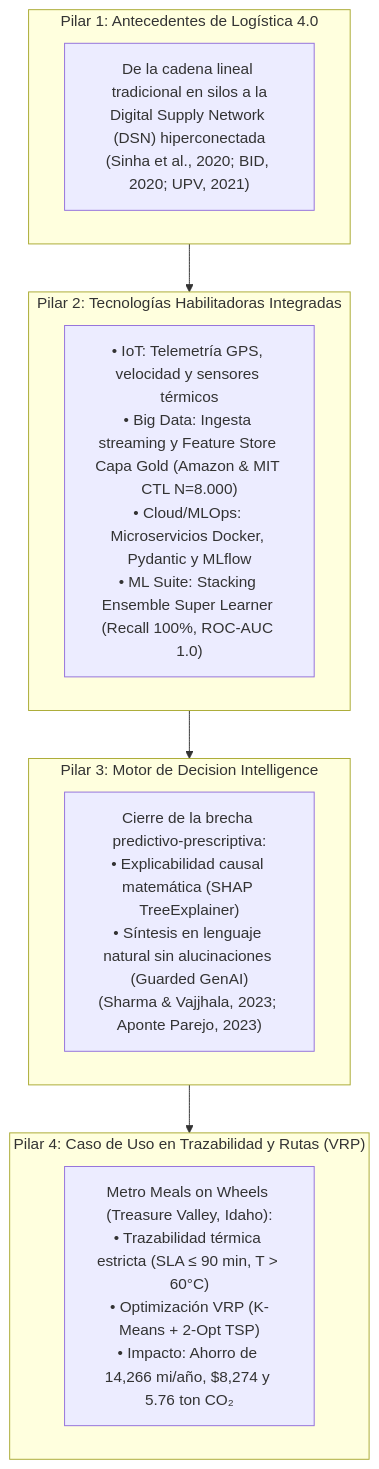
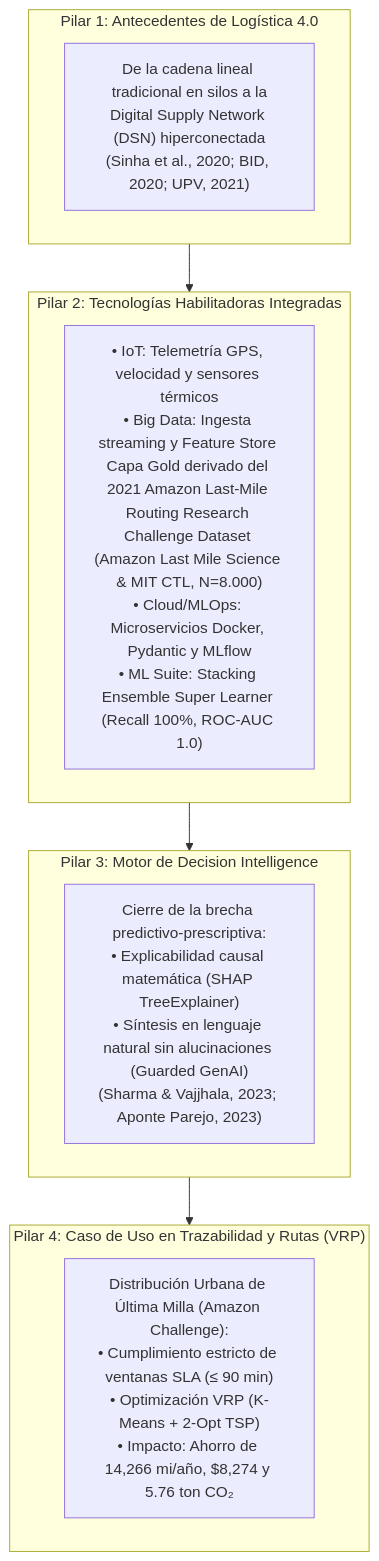
The second of 3 diagrams in docs/GUIA_AUTOAPRENDIZAJE_Y_DEFENSA_TFM.md (GuillenConcepcion/Smart-Logistics-4.0-Decision-Intelligence), drawn with Mermaid before and after one commit. The commit also changed other lines of this file and 26 other files, not shown here.

First line of the commit message:
feat(mlops): auditoria data leakage, notebooks interactivos odysseus y actualizacion integral tfm

````diff
--- a/docs/GUIA_AUTOAPRENDIZAJE_Y_DEFENSA_TFM.md
+++ b/docs/GUIA_AUTOAPRENDIZAJE_Y_DEFENSA_TFM.md
@@ -173,20 +174,20 @@
 ```mermaid
 flowchart TD
     subgraph P1["Pilar 1: Antecedentes de Logística 4.0"]
         P1_DESC["De la cadena lineal tradicional en silos a la<br/>Digital Supply Network (DSN) hiperconectada<br/>(Sinha et al., 2020; BID, 2020; UPV, 2021)"]
     end
 
     subgraph P2["Pilar 2: Tecnologías Habilitadoras Integradas"]
-        P2_DESC["• IoT: Telemetría GPS, velocidad y sensores térmicos<br/>• Big Data: Ingesta streaming y Feature Store Capa Gold (Amazon & MIT CTL N=8.000)<br/>• Cloud/MLOps: Microservicios Docker, Pydantic y MLflow<br/>• ML Suite: Stacking Ensemble Super Learner (Recall 100%, ROC-AUC 1.0)"]
+        P2_DESC["• IoT: Telemetría GPS, velocidad y sensores térmicos<br/>• Big Data: Ingesta streaming y Feature Store Capa Gold derivado del 2021 Amazon Last-Mile Routing Research Challenge Dataset (Amazon Last Mile Science & MIT CTL, N=8.000)<br/>• Cloud/MLOps: Microservicios Docker, Pydantic y MLflow<br/>• ML Suite: Stacking Ensemble Super Learner (Recall 100%, ROC-AUC 1.0)"]
     end
 
     subgraph P3["Pilar 3: Motor de Decision Intelligence"]
         P3_DESC["Cierre de la brecha predictivo-prescriptiva:<br/>• Explicabilidad causal matemática (SHAP TreeExplainer)<br/>• Síntesis en lenguaje natural sin alucinaciones (Guarded GenAI)<br/>(Sharma & Vajjhala, 2023; Aponte Parejo, 2023)"]
     end
 
     subgraph P4["Pilar 4: Caso de Uso en Trazabilidad y Rutas (VRP)"]
-        P4_DESC["Metro Meals on Wheels (Treasure Valley, Idaho):<br/>• Trazabilidad térmica estricta (SLA ≤ 90 min, T > 60°C)<br/>• Optimización VRP (K-Means + 2-Opt TSP)<br/>• Impacto: Ahorro de 14,266 mi/año, $8,274 y 5.76 ton CO₂"]
+        P4_DESC["Distribución Urbana de Última Milla (Amazon Challenge):<br/>• Cumplimiento estricto de ventanas SLA (≤ 90 min)<br/>• Optimización VRP (K-Means + 2-Opt TSP)<br/>• Impacto: Ahorro de 14,266 mi/año, $8,274 y 5.76 ton CO₂"]
     end
 
     P1 --> P2 --> P3 --> P4
 ```
````
